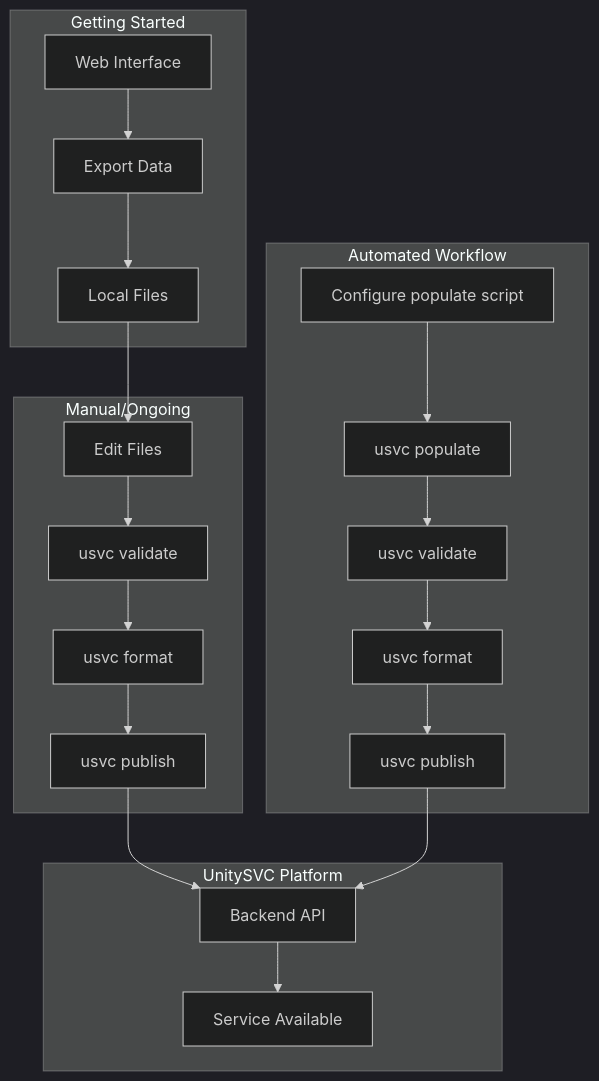
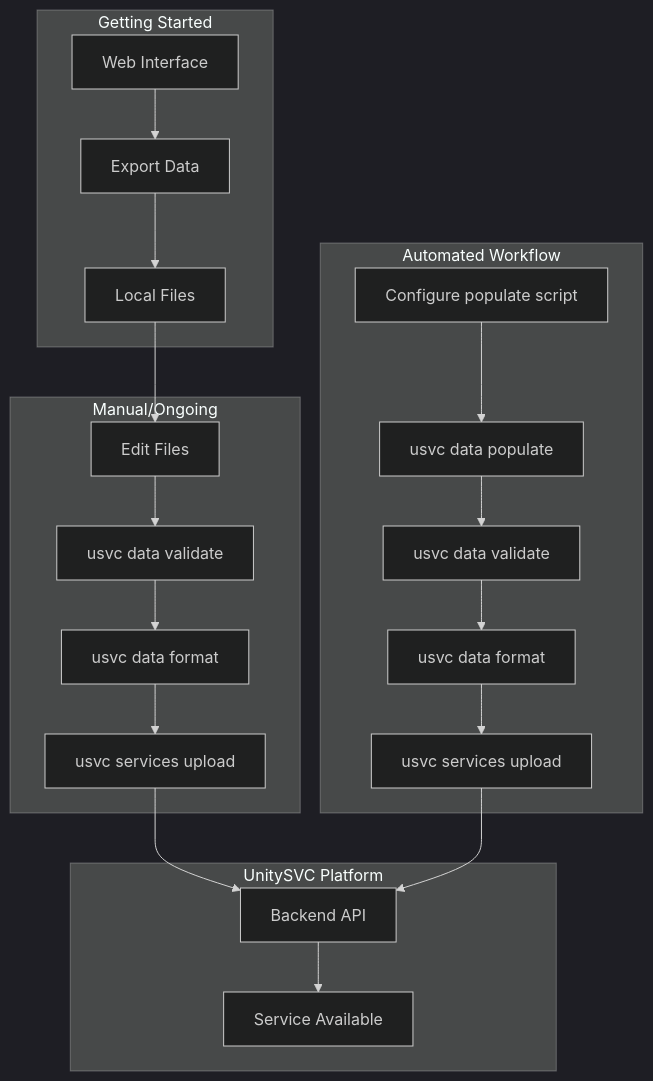
One commit to unitysvc/unitysvc-services changed the first of 2 diagrams in docs/workflows.md. Above: the diagram before and after it, drawn with Mermaid (dark theme). The commit also changed other lines of this file and 19 other files, not shown here.

````diff
--- a/docs/workflows.md
+++ b/docs/workflows.md
@@ -20,27 +20,27 @@
 ```mermaid
 flowchart TB
     subgraph WebStart["Getting Started"]
         W1[Web Interface] --> W2[Export Data]
         W2 --> W3[Local Files]
     end
 
     subgraph Manual["Manual/Ongoing"]
         W3 --> A2[Edit Files]
-        A2 --> A3[usvc validate]
-        A3 --> A4[usvc format]
-        A4 --> A5[usvc publish]
+        A2 --> A3[usvc data validate]
+        A3 --> A4[usvc data format]
+        A4 --> A5[usvc services upload]
     end
 
     subgraph Automated["Automated Workflow"]
-        B1[Configure populate script] --> B2[usvc populate]
-        B2 --> B3[usvc validate]
-        B3 --> B4[usvc format]
-        B4 --> B5[usvc publish]
+        B1[Configure populate script] --> B2[usvc data populate]
+        B2 --> B3[usvc data validate]
+        B3 --> B4[usvc data format]
+        B4 --> B5[usvc services upload]
     end
 
     subgraph Platform["UnitySVC Platform"]
         A5 --> C[Backend API]
         B5 --> C
         C --> D[Service Available]
     end
 ```
````
